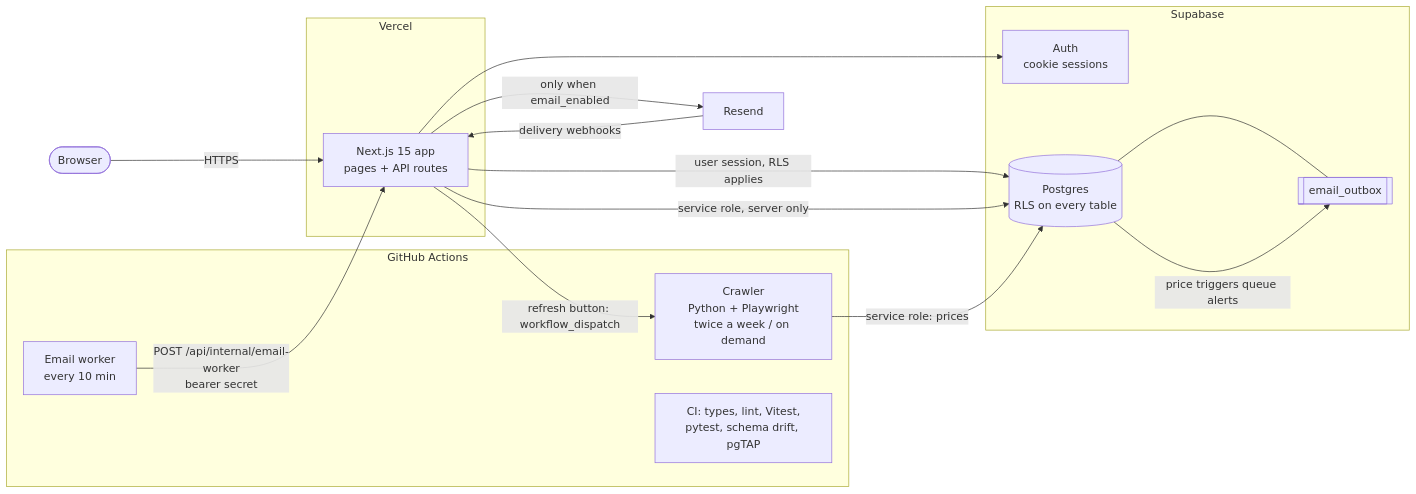
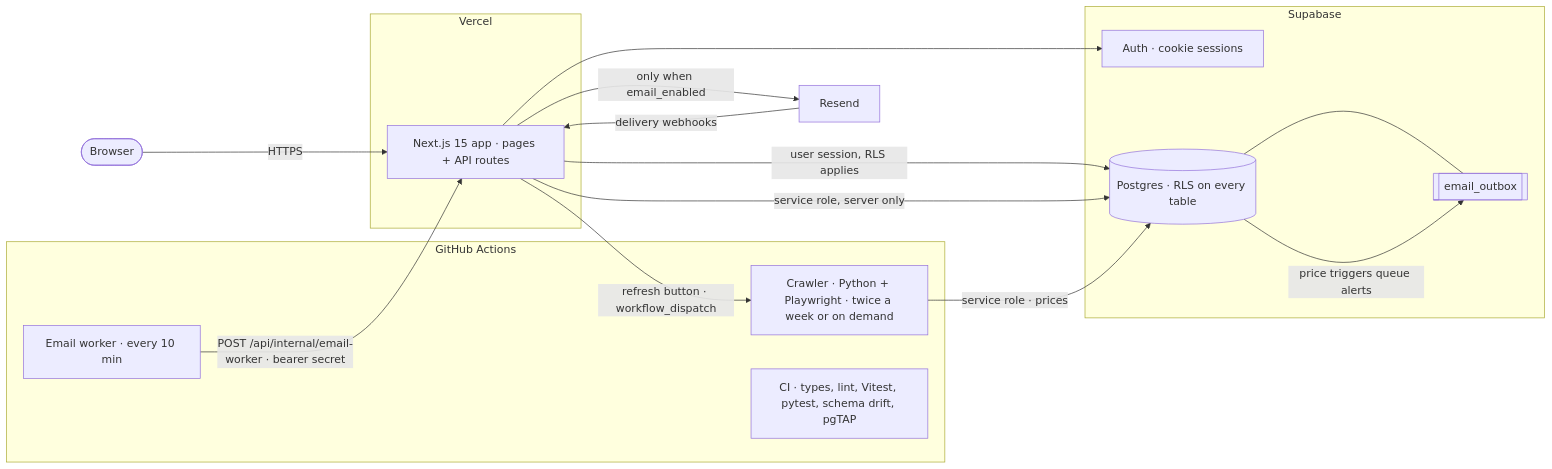
Before and after one commit to 28CN/PriceTracker: the diagram in README.md, drawn with Mermaid.

Commit message:
README: plain-text Mermaid labels, quoted for GitHub

````diff
--- a/README.md
+++ b/README.md
@@ -31,33 +31,33 @@
 ```mermaid
 flowchart LR
-  user([Browser]) -->|HTTPS| next
+  user(["Browser"]) -->|HTTPS| next
 
-  subgraph vercel[Vercel]
-    next[Next.js 15 app<br/>pages + API routes]
+  subgraph vercel["Vercel"]
+    next["Next.js 15 app · pages + API routes"]
   end
 
-  subgraph supabase[Supabase]
-    auth[Auth<br/>cookie sessions]
-    db[(Postgres<br/>RLS on every table)]
-    outbox[[email_outbox]]
+  subgraph supabase["Supabase"]
+    auth["Auth · cookie sessions"]
+    db[("Postgres · RLS on every table")]
+    outbox[["email_outbox"]]
     db --- outbox
   end
 
-  subgraph gha[GitHub Actions]
-    crawler[Crawler<br/>Python + Playwright<br/>twice a week / on demand]
-    worker[Email worker<br/>every 10 min]
-    ci[CI: types, lint, Vitest,<br/>pytest, schema drift, pgTAP]
+  subgraph gha["GitHub Actions"]
+    crawler["Crawler · Python + Playwright · twice a week or on demand"]
+    worker["Email worker · every 10 min"]
+    ci["CI · types, lint, Vitest, pytest, schema drift, pgTAP"]
   end
 
-  resend[Resend]
+  resend["Resend"]
 
-  next -->|user session, RLS applies| db
+  next -->|"user session, RLS applies"| db
   next --> auth
-  next -->|service role, server only| db
-  next -->|refresh button: workflow_dispatch| crawler
-  crawler -->|service role: prices| db
-  db -->|price triggers queue alerts| outbox
-  worker -->|POST /api/internal/email-worker<br/>bearer secret| next
-  next -->|only when email_enabled| resend
-  resend -->|delivery webhooks| next
+  next -->|"service role, server only"| db
+  next -->|"refresh button · workflow_dispatch"| crawler
+  crawler -->|"service role · prices"| db
+  db -->|"price triggers queue alerts"| outbox
+  worker -->|"POST /api/internal/email-worker · bearer secret"| next
+  next -->|"only when email_enabled"| resend
+  resend -->|"delivery webhooks"| next
 ```
````
